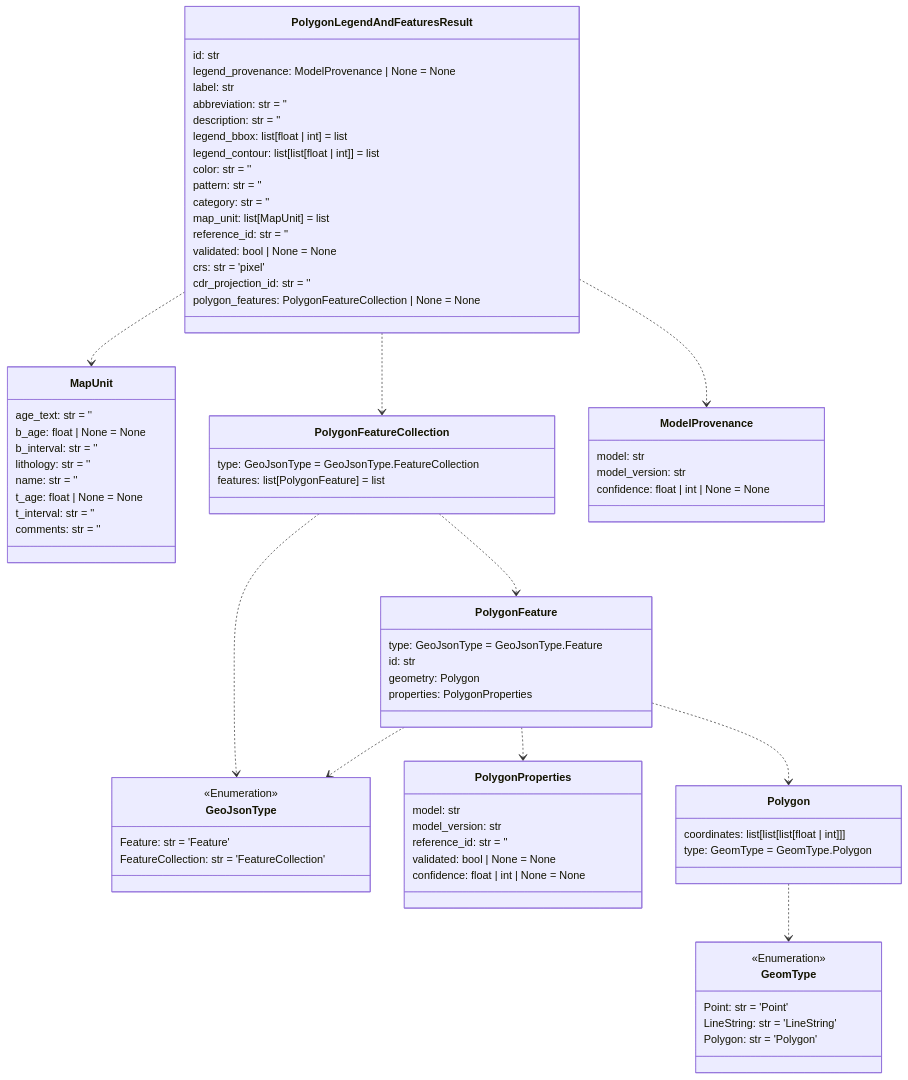
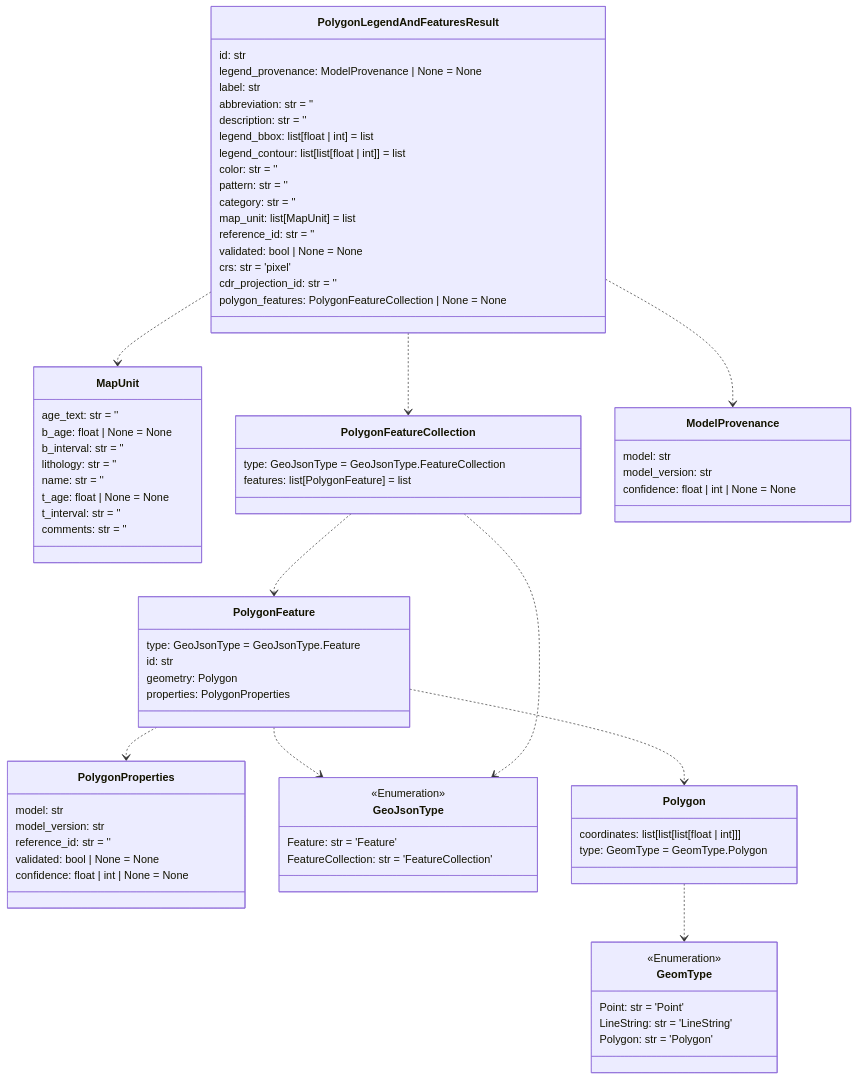
One commit to DARPA-CRITICALMAAS/cdr_schemas changed the seventh of 14 diagrams in README.md. Above: the diagram before and after it, drawn with Mermaid. The commit also changed other lines of this file and 2 other files, not shown here.

````diff
--- a/README.md
+++ b/README.md
@@ -549,6 +549,14 @@
         id: str
         geometry: Polygon
         properties: PolygonProperties
+    }
+
+    class PolygonProperties {
+        model: str
+        model_version: str
+        reference_id: str = ''
+        validated: bool | None = None
+        confidence: float | int | None = None
     }
 
     class PolygonLegendAndFeaturesResult {
@@ -570,29 +578,6 @@
         polygon_features: PolygonFeatureCollection | None = None
     }
 
-    class ModelProvenance {
-        model: str
-        model_version: str
-        confidence: float | int | None = None
-    }
-
-    class Polygon {
-        coordinates: list[list[list[float | int]]]
-        type: GeomType = GeomType.Polygon
-    }
-
-    class GeomType {
-        <<Enumeration>>
-        Point: str = 'Point'
-        LineString: str = 'LineString'
-        Polygon: str = 'Polygon'
-    }
-
-    class PolygonFeatureCollection {
-        type: GeoJsonType = GeoJsonType.FeatureCollection
-        features: list[PolygonFeature] = list
-    }
-
     class MapUnit {
         age_text: str = ''
         b_age: float | None = None
@@ -604,29 +589,44 @@
         comments: str = ''
     }
 
+    class GeomType {
+        <<Enumeration>>
+        Point: str = 'Point'
+        LineString: str = 'LineString'
+        Polygon: str = 'Polygon'
+    }
+
     class GeoJsonType {
         <<Enumeration>>
         Feature: str = 'Feature'
         FeatureCollection: str = 'FeatureCollection'
     }
 
-    class PolygonProperties {
+    class Polygon {
+        coordinates: list[list[list[float | int]]]
+        type: GeomType = GeomType.Polygon
+    }
+
+    class PolygonFeatureCollection {
+        type: GeoJsonType = GeoJsonType.FeatureCollection
+        features: list[PolygonFeature] = list
+    }
+
+    class ModelProvenance {
         model: str
         model_version: str
-        reference_id: str = ''
-        validated: bool | None = None
         confidence: float | int | None = None
     }
 
     Polygon ..> GeomType
+    PolygonFeature ..> PolygonProperties
     PolygonFeature ..> GeoJsonType
-    PolygonFeature ..> PolygonProperties
     PolygonFeature ..> Polygon
+    PolygonFeatureCollection ..> PolygonFeature
     PolygonFeatureCollection ..> GeoJsonType
-    PolygonFeatureCollection ..> PolygonFeature
     PolygonLegendAndFeaturesResult ..> MapUnit
+    PolygonLegendAndFeaturesResult ..> ModelProvenance
     PolygonLegendAndFeaturesResult ..> PolygonFeatureCollection
-    PolygonLegendAndFeaturesResult ..> ModelProvenance
 
 
 ```
````
